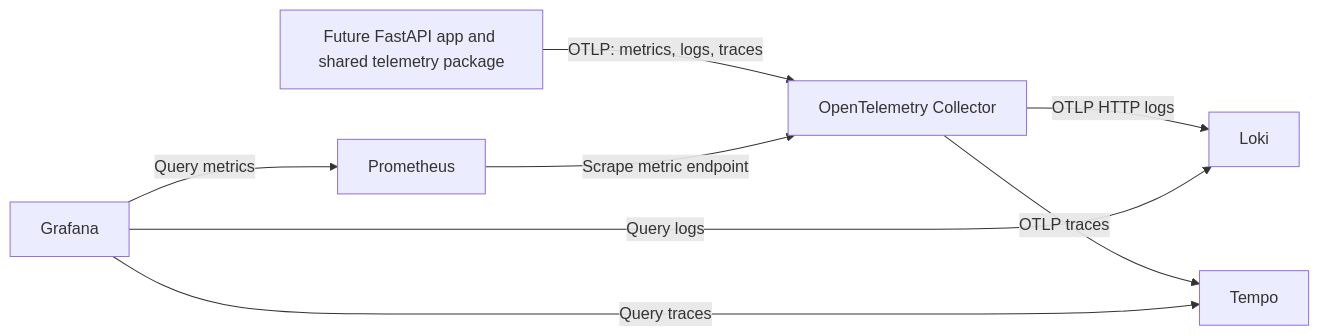
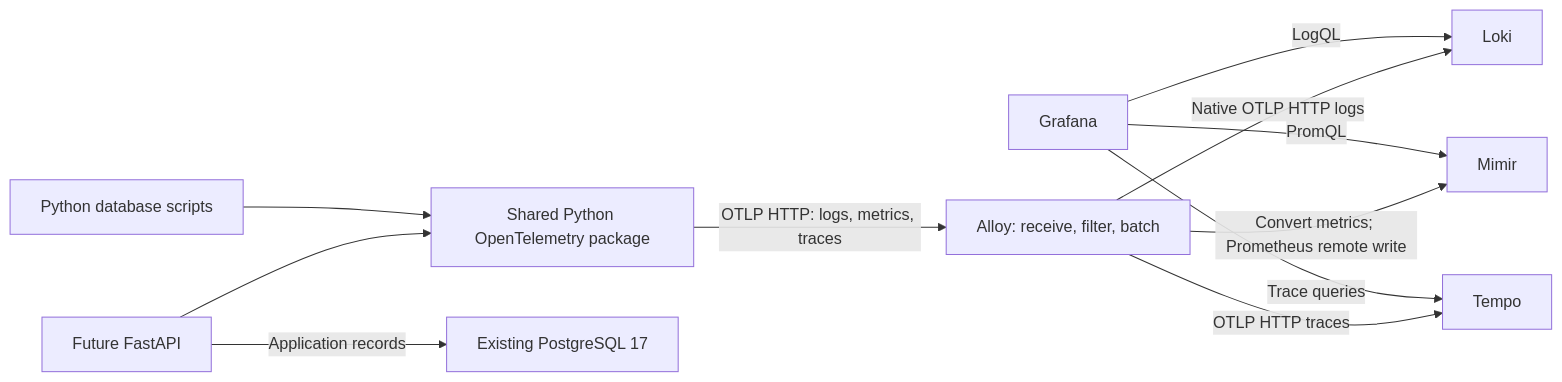
One commit to dhaval-mistry/unshaken-smart-coach changed the diagram in docs/architecture/observability.md. Above: the diagram before and after it, drawn with Mermaid. The commit also changed other lines of this file and 8 other files, not shown here.

````diff
--- a/docs/architecture/observability.md
+++ b/docs/architecture/observability.md
@@ -48,10 +61,13 @@
 ```mermaid
 flowchart LR
-    App["Future FastAPI app and shared telemetry package"] -->|"OTLP: metrics, logs, traces"| Collector["OpenTelemetry Collector"]
-    Collector -->|"OTLP HTTP logs"| Loki["Loki"]
-    Collector -->|"OTLP traces"| Tempo["Tempo"]
-    Prometheus["Prometheus"] -->|"Scrape metric endpoint"| Collector
-    Grafana["Grafana"] -->|"Query metrics"| Prometheus
-    Grafana -->|"Query logs"| Loki
-    Grafana -->|"Query traces"| Tempo
+    API["Future FastAPI"] --> SDK["Shared Python OpenTelemetry package"]
+    Script["Python database scripts"] --> SDK
+    SDK -->|"OTLP HTTP: logs, metrics, traces"| Alloy["Alloy: receive, filter, batch"]
+    Alloy -->|"Native OTLP HTTP logs"| Loki["Loki"]
+    Alloy -->|"Convert metrics; Prometheus remote write"| Mimir["Mimir"]
+    Alloy -->|"OTLP HTTP traces"| Tempo["Tempo"]
+    Grafana["Grafana"] -->|"PromQL"| Mimir
+    Grafana -->|"LogQL"| Loki
+    Grafana -->|"Trace queries"| Tempo
+    API -->|"Application records"| PG["Existing PostgreSQL 17"]
 ```
````
